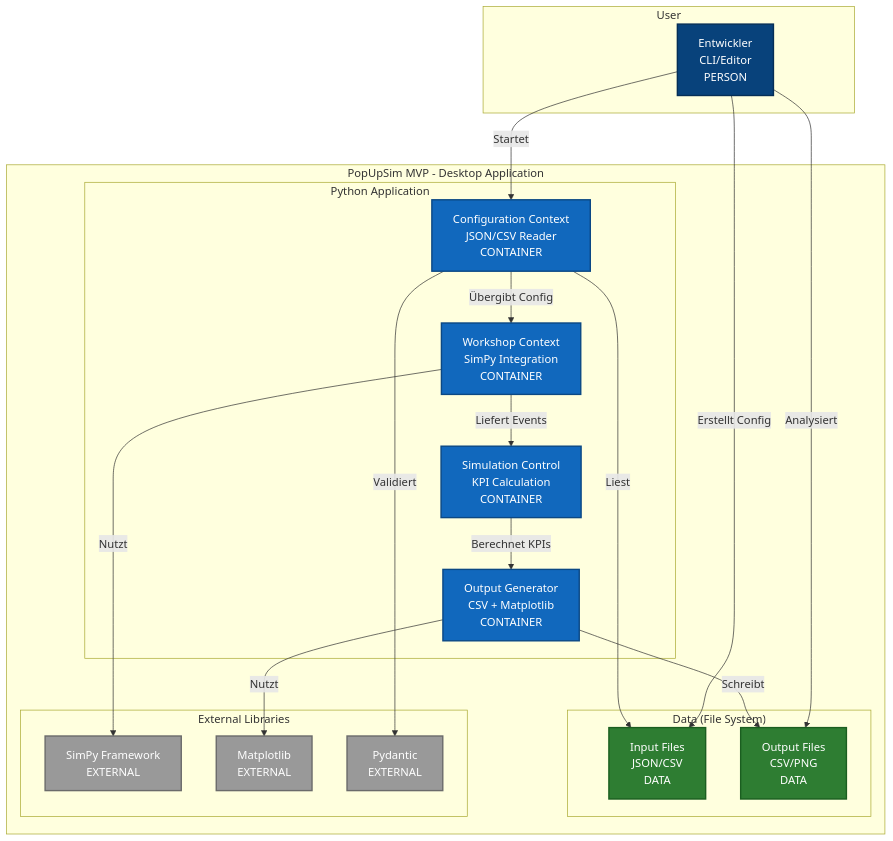
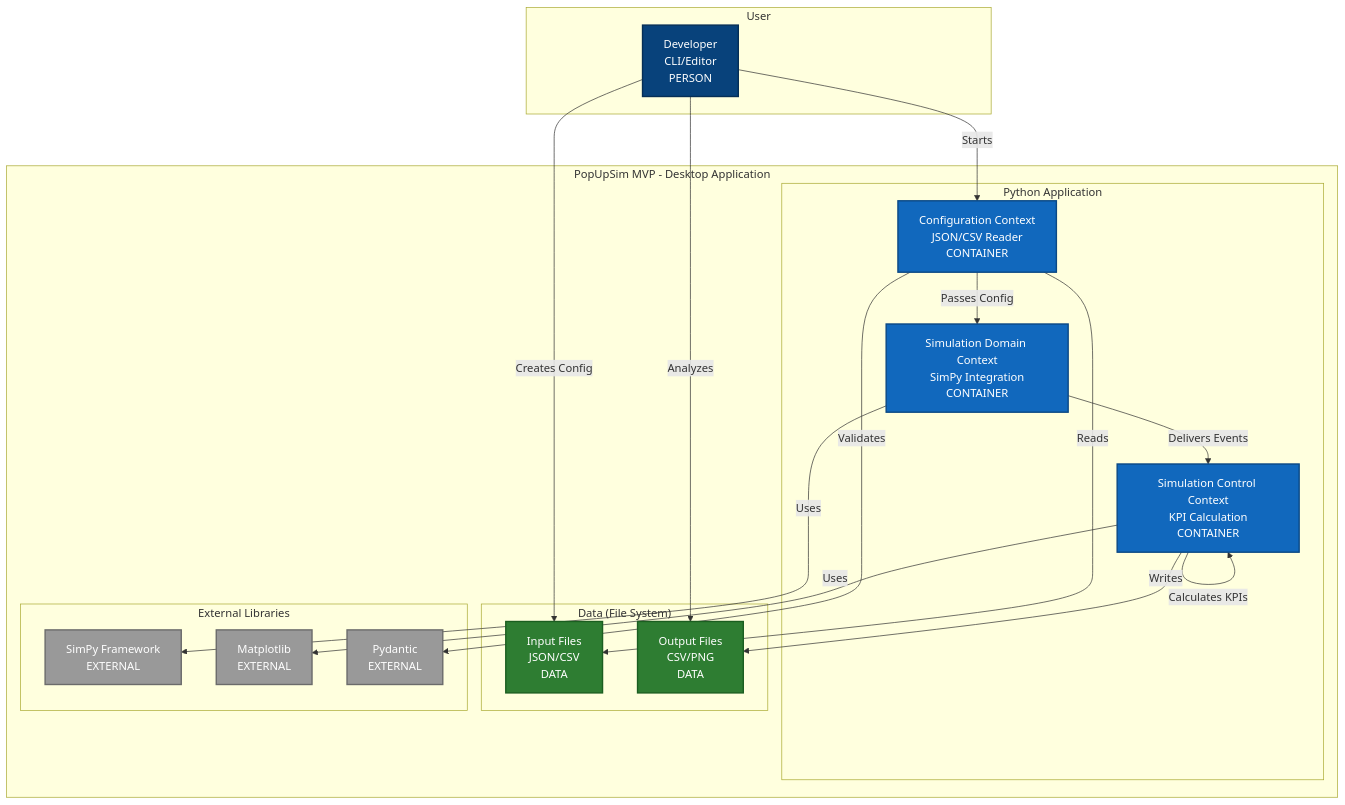
Before and after one commit to OpenRailAssociation/dac-migration-dss-popupsim: the second of 3 diagrams in docs/mvp/development/01-mvp-overview.md, drawn with Mermaid. The commit also changed other lines of this file and 22 other files, not shown here.

````diff
--- a/docs/mvp/development/01-mvp-overview.md
+++ b/docs/mvp/development/01-mvp-overview.md
@@ -57,51 +61,50 @@
 ```mermaid
 graph TB
     subgraph "PopUpSim MVP - Desktop Application"
         subgraph "Python Application"
             Setup[Configuration Context<br/>JSON/CSV Reader<br/>CONTAINER]
-            Core[Workshop Context<br/>SimPy Integration<br/>CONTAINER]
-            Control[Simulation Control<br/>KPI Calculation<br/>CONTAINER]
-            Output[Output Generator<br/>CSV + Matplotlib<br/>CONTAINER]
+            Core[Simulation Domain Context<br/>SimPy Integration<br/>CONTAINER]
+            Control[Simulation Control Context<br/>KPI Calculation<br/>CONTAINER]
         end
 
         subgraph "Data (File System)"
             ConfigFiles[Input Files<br/>JSON/CSV<br/>DATA]
             ResultFiles[Output Files<br/>CSV/PNG<br/>DATA]
         end
 
         subgraph "External Libraries"
             SimPy[SimPy Framework<br/>EXTERNAL]
             Matplotlib[Matplotlib<br/>EXTERNAL]
             Pydantic[Pydantic<br/>EXTERNAL]
         end
     end
 
     subgraph "User"
-        Developer[Entwickler<br/>CLI/Editor<br/>PERSON]
+        Developer[Developer<br/>CLI/Editor<br/>PERSON]
     end
 
-    Developer -->|Erstellt Config| ConfigFiles
-    Developer -->|Startet| Setup
-    Developer -->|Analysiert| ResultFiles
+    Developer -->|Creates Config| ConfigFiles
+    Developer -->|Starts| Setup
+    Developer -->|Analyzes| ResultFiles
 
-    Setup -->|Liest| ConfigFiles
-    Setup -->|Validiert| Pydantic
-    Setup -->|Übergibt Config| Core
+    Setup -->|Reads| ConfigFiles
+    Setup -->|Validates| Pydantic
+    Setup -->|Passes Config| Core
 
-    Core -->|Nutzt| SimPy
-    Core -->|Liefert Events| Control
+    Core -->|Uses| SimPy
+    Core -->|Delivers Events| Control
 
-    Control -->|Berechnet KPIs| Output
-    Output -->|Nutzt| Matplotlib
-    Output -->|Schreibt| ResultFiles
+    Control -->|Calculates KPIs| Control
+    Control -->|Uses| Matplotlib
+    Control -->|Writes| ResultFiles
 
     classDef container fill:#1168bd,stroke:#0b4884,stroke-width:2px,color:#fff
     classDef data fill:#2e7d32,stroke:#1b5e20,stroke-width:2px,color:#fff
     classDef external fill:#999999,stroke:#6b6b6b,stroke-width:2px,color:#fff
     classDef person fill:#08427b,stroke:#052e56,stroke-width:2px,color:#fff
 
     class Setup,Core,Control,Output container
     class ConfigFiles,ResultFiles data
     class SimPy,Matplotlib,Pydantic external
     class Developer person
 ```
````
